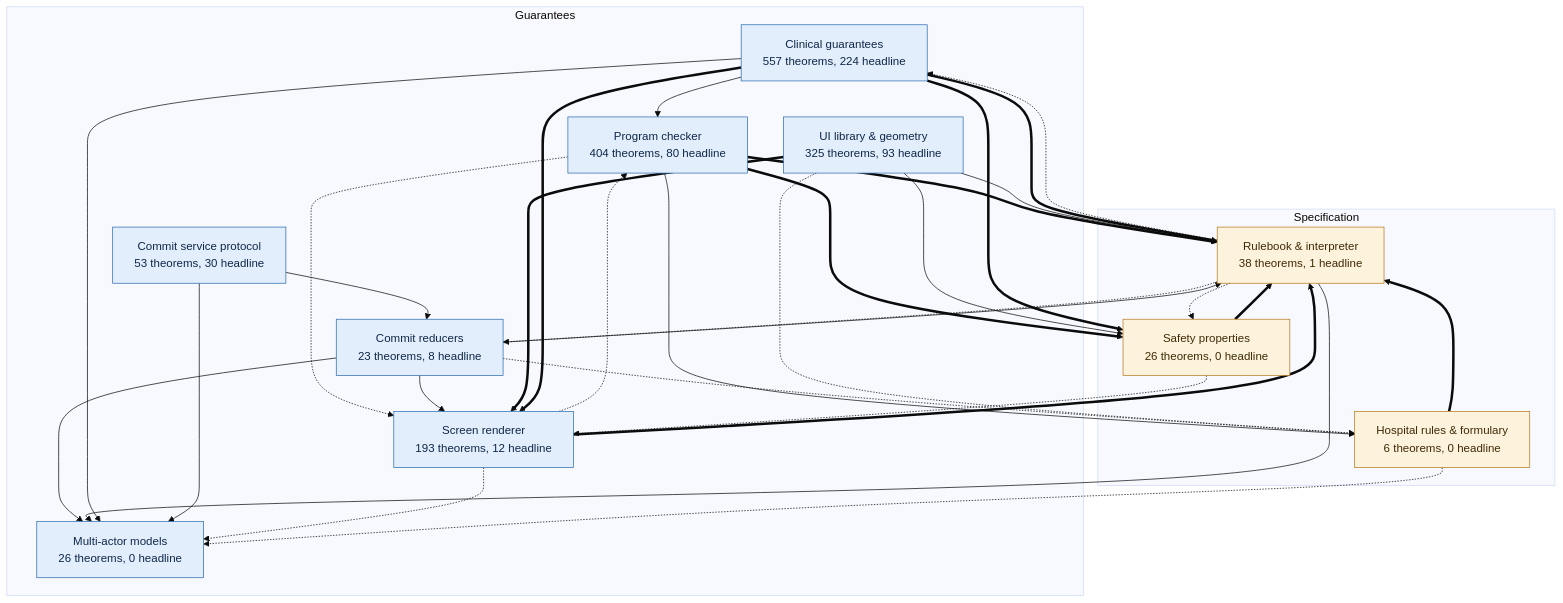
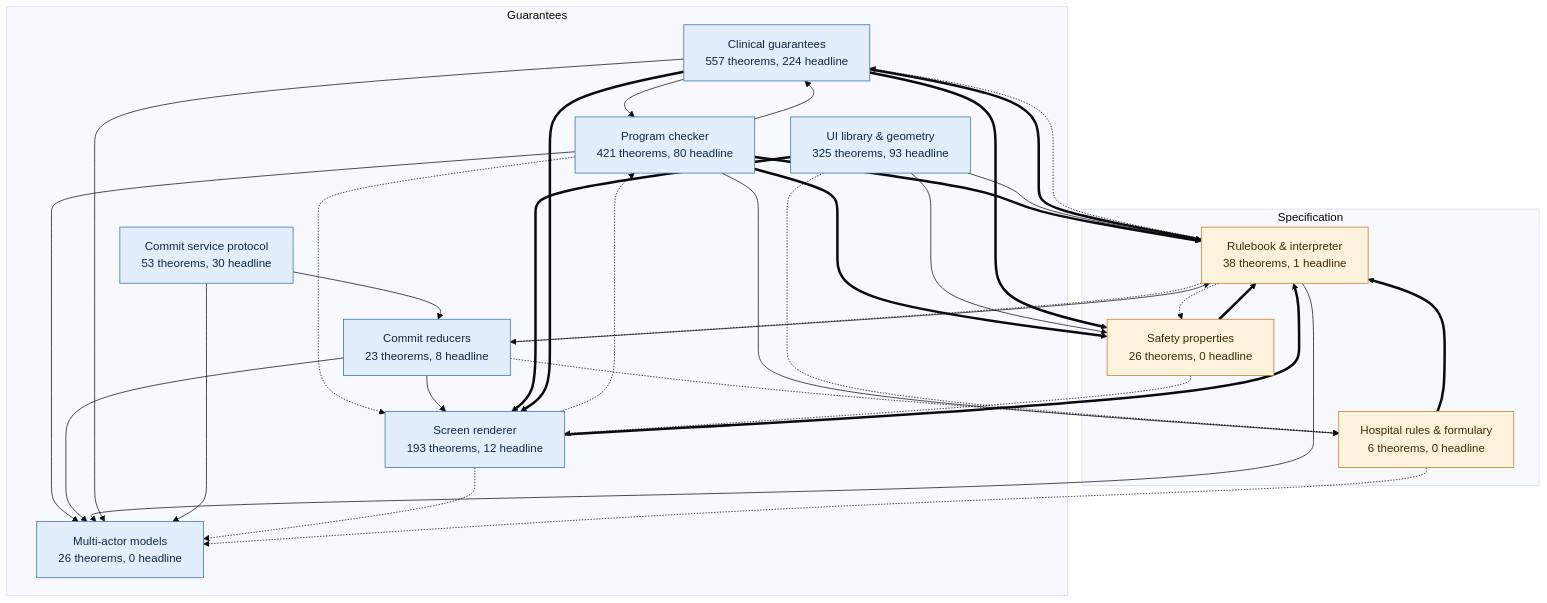
Before and after one commit to saithat/VGI-Health: the first of 10 diagrams in docs/proof-map.md, drawn with Mermaid (base theme). The commit also changed other lines of this file and 35 other files, not shown here.

````diff
--- a/docs/proof-map.md
+++ b/docs/proof-map.md
@@ -15,49 +15,51 @@
 ```mermaid
 flowchart TB
   subgraph guar_g["Guarantees"]
     proofs["Clinical guarantees<br/>557 theorems, 224 headline"]:::guar
-    check["Program checker<br/>404 theorems, 80 headline"]:::guar
+    check["Program checker<br/>421 theorems, 80 headline"]:::guar
     render["Screen renderer<br/>193 theorems, 12 headline"]:::guar
     layout["UI library &amp; geometry<br/>325 theorems, 93 headline"]:::guar
     commit["Commit reducers<br/>23 theorems, 8 headline"]:::guar
     protocol["Commit service protocol<br/>53 theorems, 30 headline"]:::guar
     multi["Multi-actor models<br/>26 theorems, 0 headline"]:::guar
   end
   subgraph spec_g["Specification"]
     core["Rulebook &amp; interpreter<br/>38 theorems, 1 headline"]:::spec
     props["Safety properties<br/>26 theorems, 0 headline"]:::spec
     specs["Hospital rules &amp; formulary<br/>6 theorems, 0 headline"]:::spec
   end
   check ==> core
+  check --> multi
+  check --> proofs
   check ==> props
   check -.-> render
   check --> specs
   commit --> core
   commit --> multi
   commit --> render
   commit -.-> specs
   core -.-> commit
   core --> multi
   core -.-> proofs
   core -.-> props
   layout --> core
   layout --> props
   layout ==> render
   layout -.-> specs
   proofs --> check
   proofs ==> core
   proofs --> multi
   proofs ==> props
   proofs ==> render
   props ==> core
   props -.-> render
   protocol --> commit
   protocol --> multi
   render -.-> check
   render ==> core
   render -.-> multi
   specs ==> core
   specs -.-> multi
   classDef spec fill:#fdf3dc,stroke:#b7791f,color:#3d2a06
   classDef guar fill:#e3eefc,stroke:#2b6cb0,color:#0f2747
 ```
````
